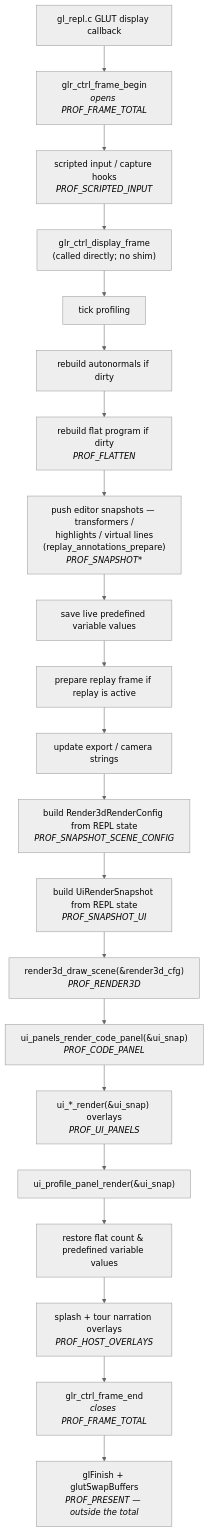
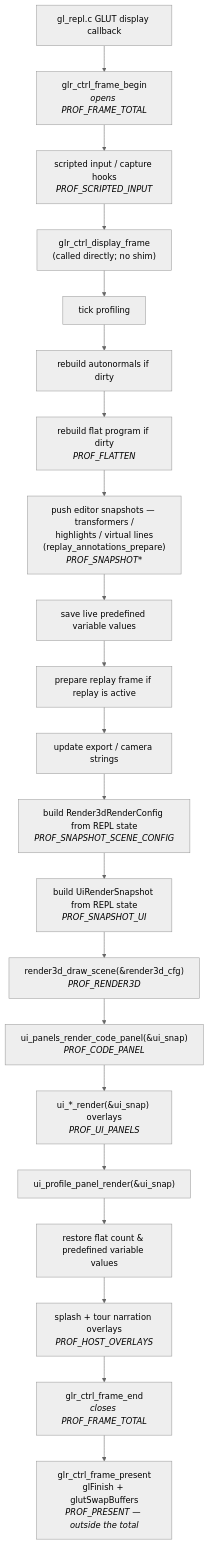
One commit to drewwoods/gl-repl changed the first of 2 diagrams in docs/ARCHITECTURE.md. Above: the diagram before and after it, drawn with Mermaid (neutral theme). The commit also changed other lines of this file and 9 other files, not shown here.

First line of the commit message:
refactor(prof): let the present and tour overlay time themselves

````diff
--- a/docs/ARCHITECTURE.md
+++ b/docs/ARCHITECTURE.md
@@ -130,23 +130,23 @@
 ```mermaid
 flowchart TD
     cb["gl_repl.c GLUT display callback"] --> fb["glr_ctrl_frame_begin<br/><i>opens PROF_FRAME_TOTAL</i>"]
     fb --> si["scripted input / capture hooks<br/><i>PROF_SCRIPTED_INPUT</i>"]
     si --> frame["glr_ctrl_display_frame<br/>(called directly; no shim)"]
     frame --> s1["tick profiling"]
     s1 --> s2["rebuild autonormals if dirty"]
     s2 --> s3["rebuild flat program if dirty<br/><i>PROF_FLATTEN</i>"]
     s3 --> s4["push editor snapshots — transformers /<br/>highlights / virtual lines<br/>(replay_annotations_prepare)<br/><i>PROF_SNAPSHOT*</i>"]
     s4 --> s5["save live predefined variable values"]
     s5 --> s6["prepare replay frame if replay is active"]
     s6 --> s7["update export / camera strings"]
     s7 --> s8["build Render3dRenderConfig from REPL state<br/><i>PROF_SNAPSHOT_SCENE_CONFIG</i>"]
     s8 --> s9["build UiRenderSnapshot from REPL state<br/><i>PROF_SNAPSHOT_UI</i>"]
     s9 --> s10["render3d_draw_scene(&render3d_cfg)<br/><i>PROF_RENDER3D</i>"]
     s10 --> s11["ui_panels_render_code_panel(&ui_snap)<br/><i>PROF_CODE_PANEL</i>"]
     s11 --> s12["ui_*_render(&ui_snap) overlays<br/><i>PROF_UI_PANELS</i>"]
     s12 --> s13["ui_profile_panel_render(&ui_snap)"]
     s13 --> s14["restore flat count & predefined variable values"]
     s14 --> h1["splash + tour narration overlays<br/><i>PROF_HOST_OVERLAYS</i>"]
     h1 --> fe["glr_ctrl_frame_end<br/><i>closes PROF_FRAME_TOTAL</i>"]
-    fe --> h2["glFinish + glutSwapBuffers<br/><i>PROF_PRESENT — outside the total</i>"]
+    fe --> h2["glr_ctrl_frame_present<br/>glFinish + glutSwapBuffers<br/><i>PROF_PRESENT — outside the total</i>"]
 ```
````
